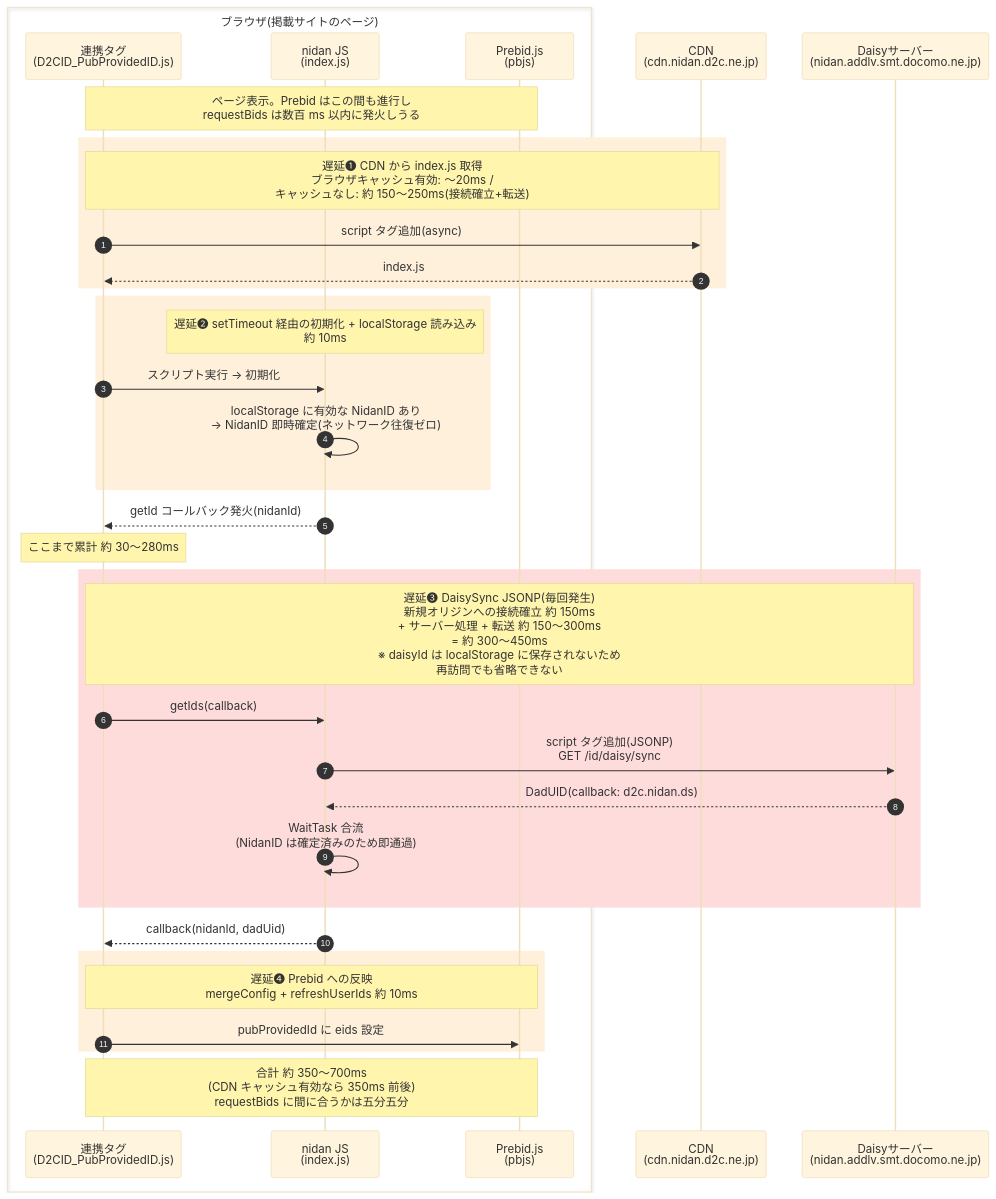
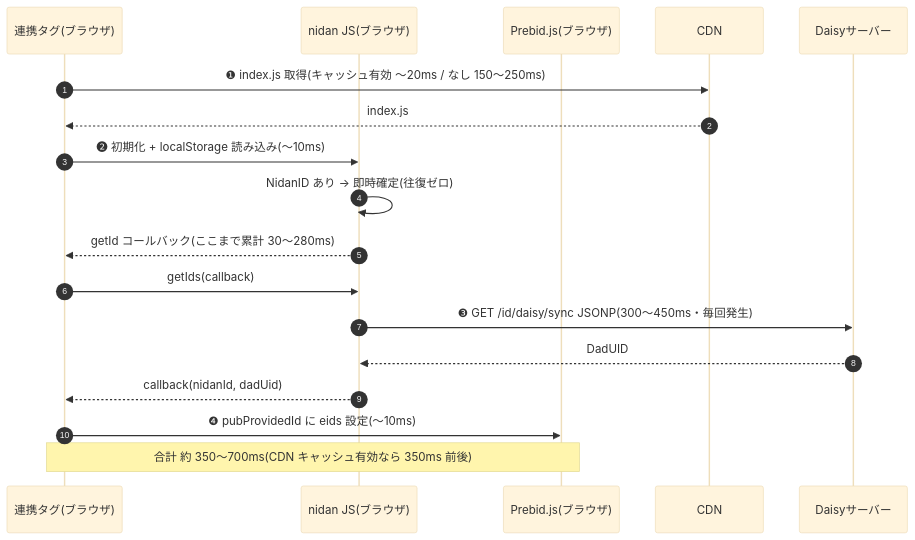
Before and after one commit to kyohei-takita-d2c/docomoid-docs: the first of 2 diagrams in sequences/prebid_latency.md, drawn with Mermaid (base theme). The commit also changed other lines of this file, not shown here.

Commit message:
githubで表示できない図を修正

````diff
--- a/sequences/prebid_latency.md
+++ b/sequences/prebid_latency.md
@@ -24,45 +25,21 @@
 ```mermaid
 sequenceDiagram
     autonumber
-    box ブラウザ(掲載サイトのページ)
-        participant Tag as 連携タグ<br/>(D2CID_PubProvidedID.js)
-        participant JS as nidan JS<br/>(index.js)
-        participant Pbjs as Prebid.js<br/>(pbjs)
-    end
-    participant CDN as CDN<br/>(cdn.nidan.d2c.ne.jp)
-    participant DAPI as Daisyサーバー<br/>(nidan.addlv.smt.docomo.ne.jp)
+    participant Tag as 連携タグ(ブラウザ)
+    participant JS as nidan JS(ブラウザ)
+    participant Pbjs as Prebid.js(ブラウザ)
+    participant CDN as CDN
+    participant DAPI as Daisyサーバー
 
-    Note over Tag,Pbjs: ページ表示。Prebid はこの間も進行し<br/>requestBids は数百 ms 以内に発火しうる
-
-    rect rgb(255, 240, 220)
-        Note over Tag,CDN: 遅延❶ CDN から index.js 取得<br/>ブラウザキャッシュ有効: 〜20ms /<br/>キャッシュなし: 約 150〜250ms(接続確立+転送)
-        Tag->>CDN: script タグ追加(async)
-        CDN-->>Tag: index.js
-    end
-
-    rect rgb(255, 240, 220)
-        Note over JS: 遅延❷ setTimeout 経由の初期化 + localStorage 読み込み<br/>約 10ms
-        Tag->>JS: スクリプト実行 → 初期化
-        JS->>JS: localStorage に有効な NidanID あり<br/>→ NidanID 即時確定(ネットワーク往復ゼロ)
-    end
-
-    JS-->>Tag: getId コールバック発火(nidanId)
-    Note over Tag: ここまで累計 約 30〜280ms
-
-    rect rgb(255, 220, 220)
-        Note over Tag,DAPI: 遅延❸ DaisySync JSONP(毎回発生)<br/>新規オリジンへの接続確立 約 150ms<br/>+ サーバー処理 + 転送 約 150〜300ms<br/>= 約 300〜450ms<br/>※ daisyId は localStorage に保存されないため<br/>再訪問でも省略できない
-        Tag->>JS: getIds(callback)
-        JS->>DAPI: script タグ追加(JSONP)<br/>GET /id/daisy/sync
-        DAPI-->>JS: DadUID(callback: d2c.nidan.ds)
-        JS->>JS: WaitTask 合流<br/>(NidanID は確定済みのため即通過)
-    end
-
+    Tag->>CDN: ❶ index.js 取得(キャッシュ有効 〜20ms / なし 150〜250ms)
+    CDN-->>Tag: index.js
+    Tag->>JS: ❷ 初期化 + localStorage 読み込み(〜10ms)
+    JS->>JS: NidanID あり → 即時確定(往復ゼロ)
+    JS-->>Tag: getId コールバック(ここまで累計 30〜280ms)
+    Tag->>JS: getIds(callback)
+    JS->>DAPI: ❸ GET /id/daisy/sync JSONP(300〜450ms・毎回発生)
+    DAPI-->>JS: DadUID
     JS-->>Tag: callback(nidanId, dadUid)
-
-    rect rgb(255, 240, 220)
-        Note over Tag,Pbjs: 遅延❹ Prebid への反映<br/>mergeConfig + refreshUserIds 約 10ms
-        Tag->>Pbjs: pubProvidedId に eids 設定
-    end
-
-    Note over Tag,Pbjs: 合計 約 350〜700ms<br/>(CDN キャッシュ有効なら 350ms 前後)<br/>requestBids に間に合うかは五分五分
+    Tag->>Pbjs: ❹ pubProvidedId に eids 設定(〜10ms)
+    Note over Tag,Pbjs: 合計 約 350〜700ms(CDN キャッシュ有効なら 350ms 前後)
 ```
````
